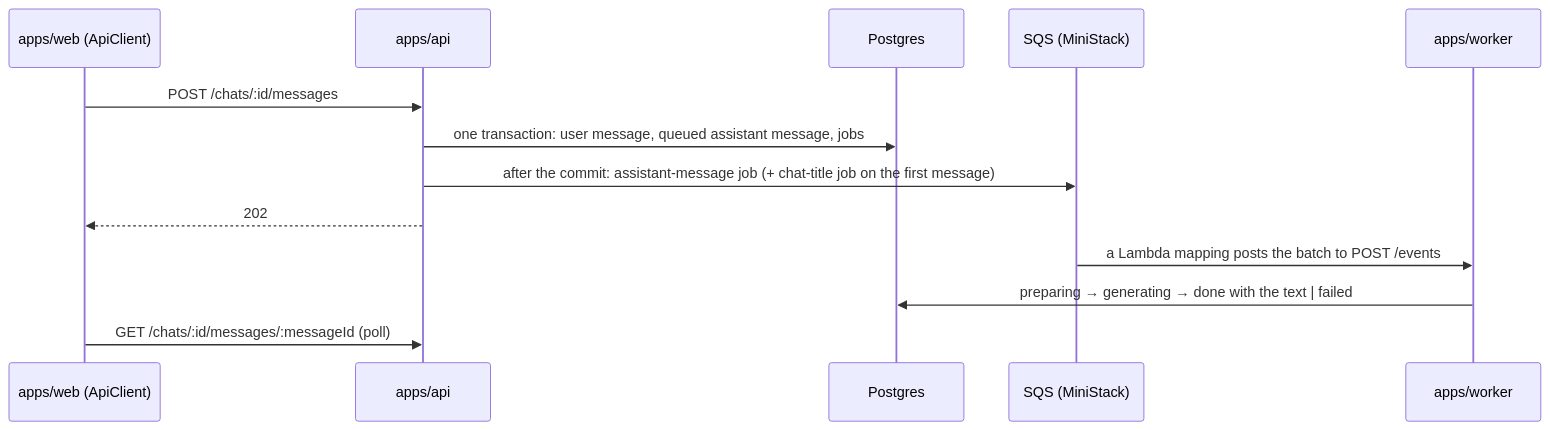
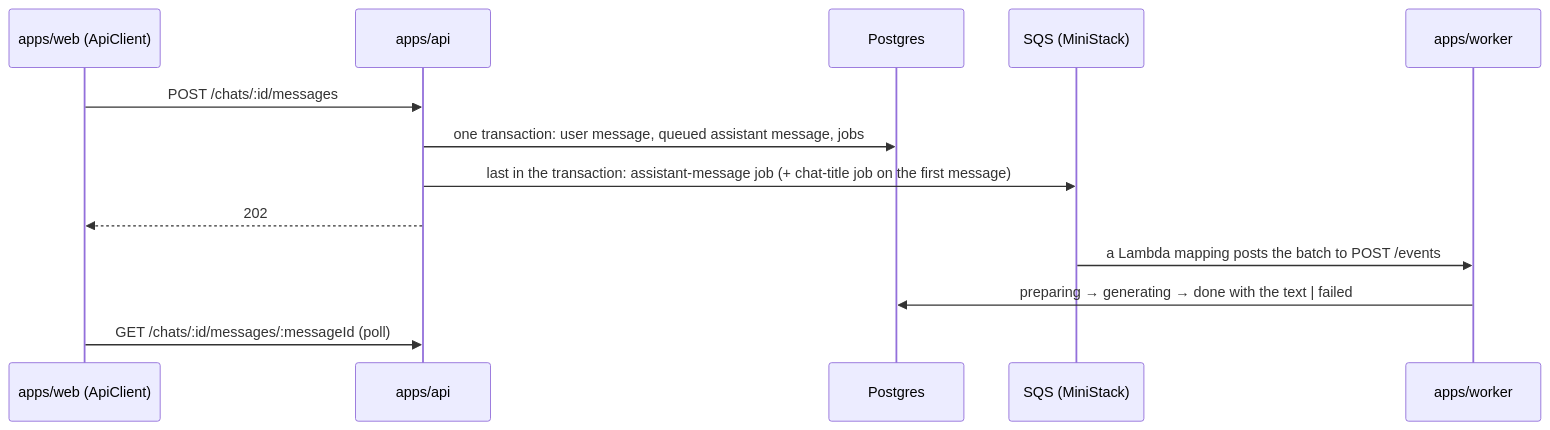
Before and after one commit to khotei/app-template: the first of 3 diagrams in README.md, drawn with Mermaid. The commit also changed other lines of this file and 6 other files, not shown here.

First line of the commit message:
:memo: docs(lambda): L2.7 Say a job is sent last in its transaction

````diff
--- a/README.md
+++ b/README.md
@@ -31,15 +31,15 @@
 ```mermaid
 sequenceDiagram
   participant W as apps/web (ApiClient)
   participant A as apps/api
   participant S as Postgres
   participant Q as SQS (MiniStack)
   participant K as apps/worker
   W->>A: POST /chats/:id/messages
   A->>S: one transaction: user message, queued assistant message, jobs
-  A->>Q: after the commit: assistant-message job (+ chat-title job on the first message)
+  A->>Q: last in the transaction: assistant-message job (+ chat-title job on the first message)
   A-->>W: 202
   Q->>K: a Lambda mapping posts the batch to POST /events
   K->>S: preparing → generating → done with the text | failed
   W->>A: GET /chats/:id/messages/:messageId (poll)
 ```
````
